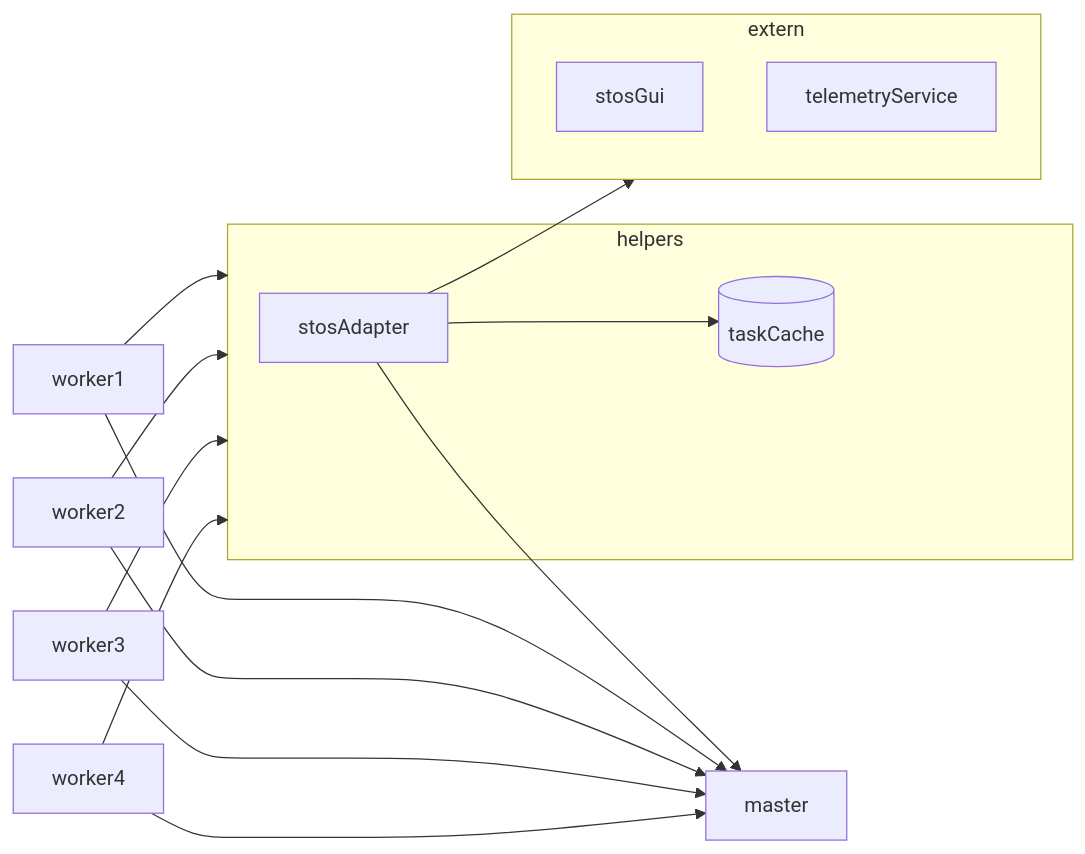
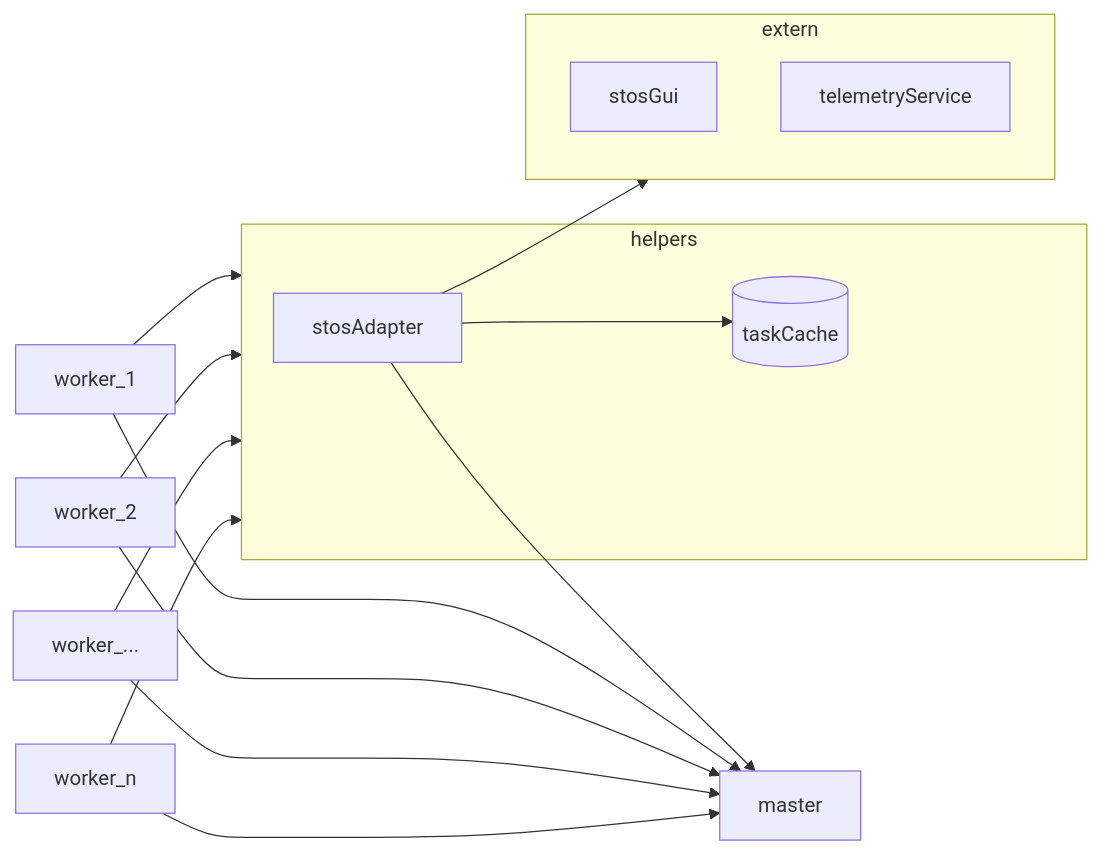
The first of 2 diagrams in README.md (Stos-2025/Projekt_Inzynierski-2025), drawn with Mermaid before and after one commit.

````diff
--- a/README.md
+++ b/README.md
@@ -8,26 +8,26 @@
 ```mermaid
 graph LR
-  worker1 --> master
-  worker2 --> master
-  worker3 --> master
-  worker4 --> master
+  worker1[worker_1] --> master
+  worker2[worker_2] --> master
+  worker3[worker_...] --> master
+  worker4[worker_n] --> master
 
   worker1 --> helpers
   worker2 --> helpers
   worker3 --> helpers
   worker4 --> helpers
 
   stosAdapter --> master
 
   stosAdapter --> extern
 
   subgraph helpers
     stosAdapter[stosAdapter] --> taskCache[(taskCache)]
 
   end
   
   subgraph extern
     stosGui
     telemetryService
   end
 ```
````
